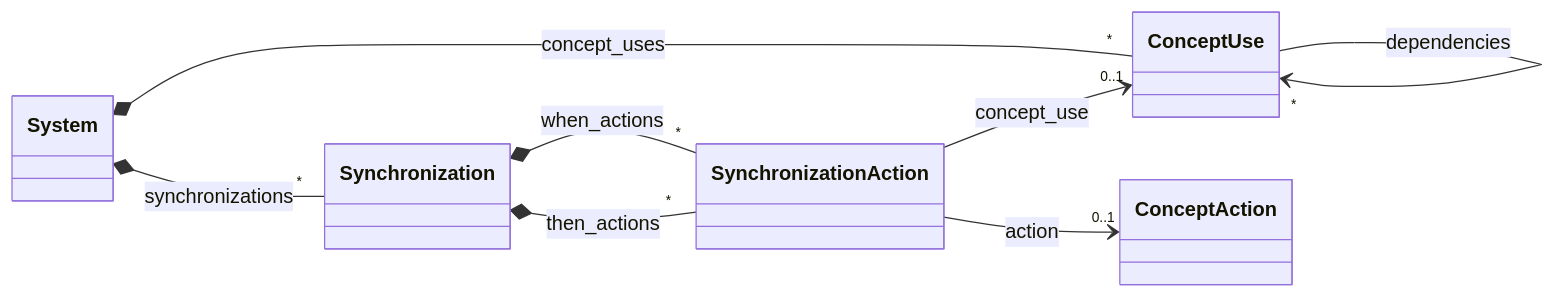
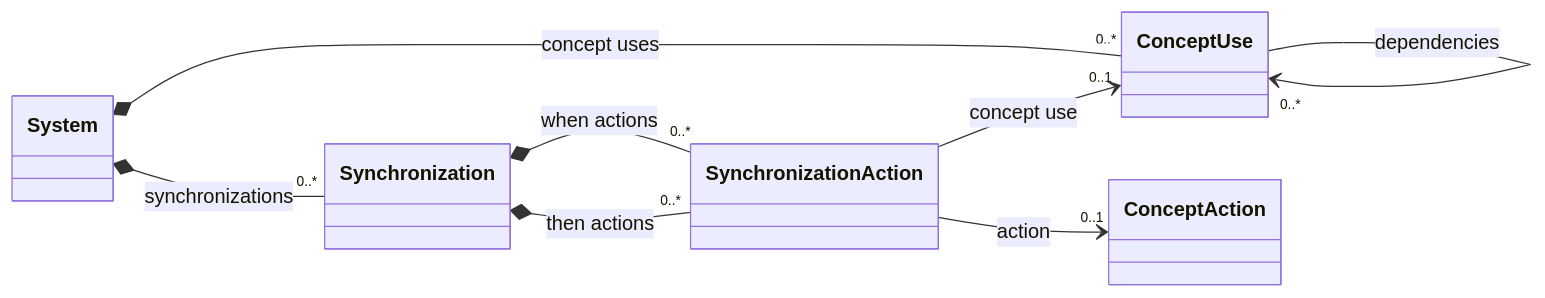
The seventh of 11 diagrams in docs/reference/model/core.md (craigsmitham/dotspec), drawn with Mermaid before and after one commit. The commit also changed other lines of this file and 110 other files, not shown here.

````diff
--- a/docs/reference/model/core.md
+++ b/docs/reference/model/core.md
@@ -123,16 +156,16 @@
 ```mermaid
 classDiagram
     direction LR
     class System
     class ConceptUse
     class Synchronization
     class SynchronizationAction
     class ConceptAction
-    System *-- "*" ConceptUse : concept_uses
-    System *-- "*" Synchronization : synchronizations
-    ConceptUse --> "*" ConceptUse : dependencies
-    Synchronization *-- "*" SynchronizationAction : when_actions
-    Synchronization *-- "*" SynchronizationAction : then_actions
-    SynchronizationAction --> "0..1" ConceptUse : concept_use
+    System *-- "0..*" ConceptUse : concept uses
+    System *-- "0..*" Synchronization : synchronizations
+    ConceptUse --> "0..*" ConceptUse : dependencies
+    Synchronization *-- "0..*" SynchronizationAction : when actions
+    Synchronization *-- "0..*" SynchronizationAction : then actions
+    SynchronizationAction --> "0..1" ConceptUse : concept use
     SynchronizationAction --> "0..1" ConceptAction : action
 ```
````
